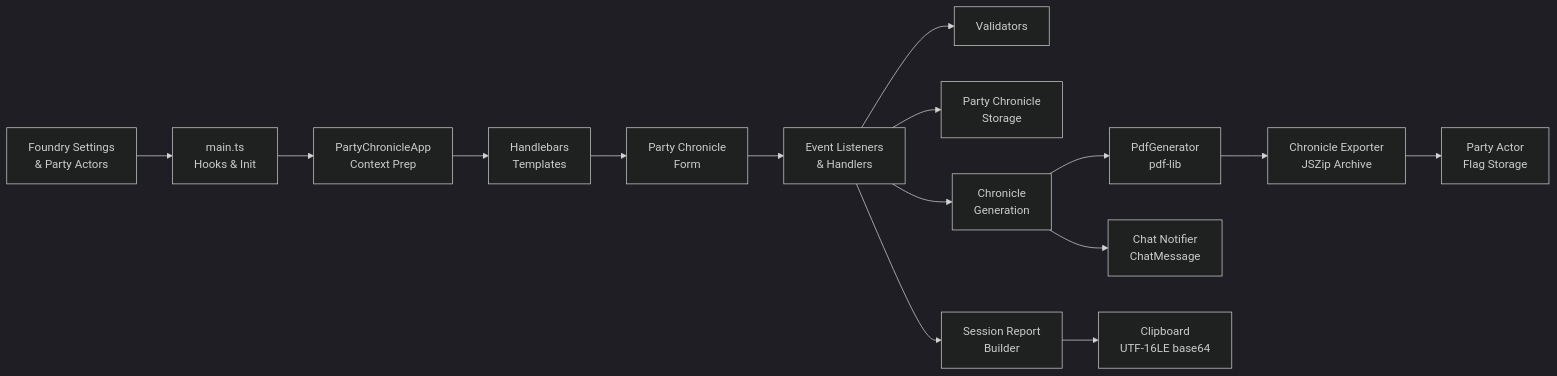
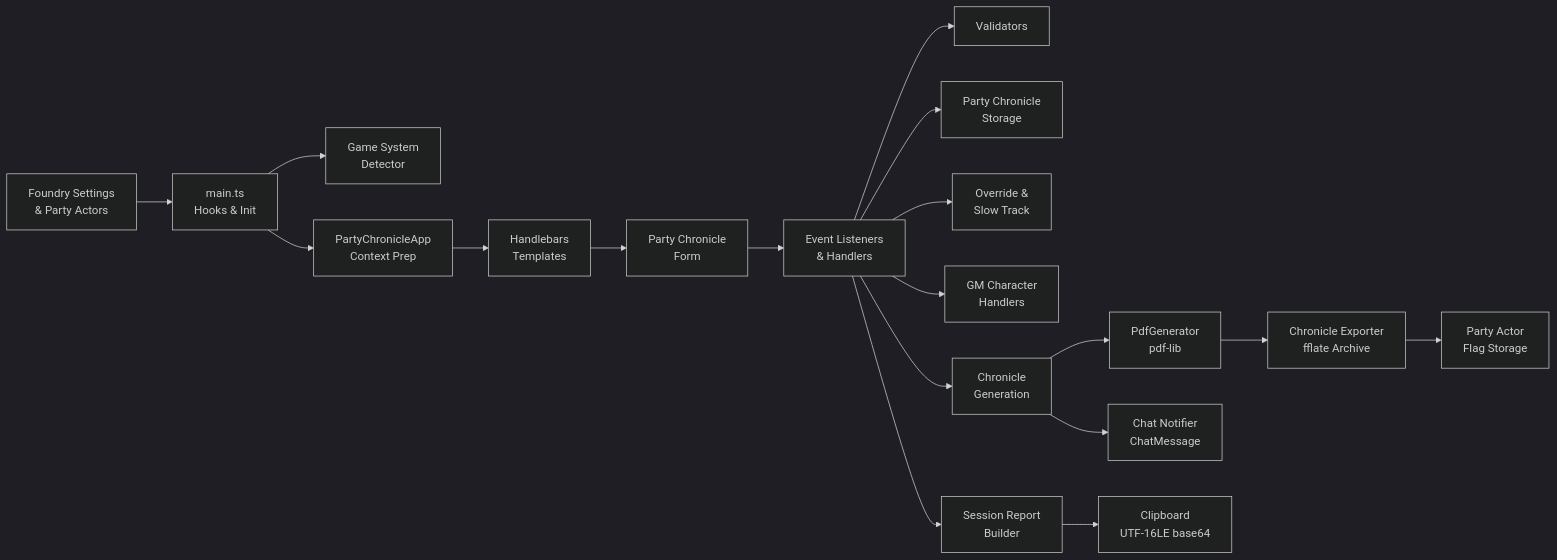
Before and after one commit to scooper4711/pfs-chronicle-generator: the first of 13 diagrams in ARCHITECTURE.md, drawn with Mermaid (dark theme). The commit also changed other lines of this file, not shown here.

Commit message:
docs: Update architecture document for 1.3.0

````diff
--- a/ARCHITECTURE.md
+++ b/ARCHITECTURE.md
@@ -9,17 +9,20 @@
 ```mermaid
 graph LR
     FS[Foundry Settings<br/>& Party Actors] --> MA[main.ts<br/>Hooks & Init]
+    MA --> GSD[Game System<br/>Detector]
     MA --> PCA[PartyChronicleApp<br/>Context Prep]
     PCA --> HBS[Handlebars<br/>Templates]
     HBS --> FORM[Party Chronicle<br/>Form]
     FORM --> EL[Event Listeners<br/>& Handlers]
     EL --> VAL[Validators]
     EL --> STORE[Party Chronicle<br/>Storage]
+    EL --> OH[Override &<br/>Slow Track]
+    EL --> GMH[GM Character<br/>Handlers]
     EL --> GEN[Chronicle<br/>Generation]
     GEN --> PDF[PdfGenerator<br/>pdf-lib]
-    PDF --> ZIP[Chronicle Exporter<br/>JSZip Archive]
+    PDF --> ZIP[Chronicle Exporter<br/>fflate Archive]
     ZIP --> PARTY[Party Actor<br/>Flag Storage]
     GEN --> CHAT[Chat Notifier<br/>ChatMessage]
     EL --> SR[Session Report<br/>Builder]
     SR --> CLIP[Clipboard<br/>UTF-16LE base64]
 ```
````
